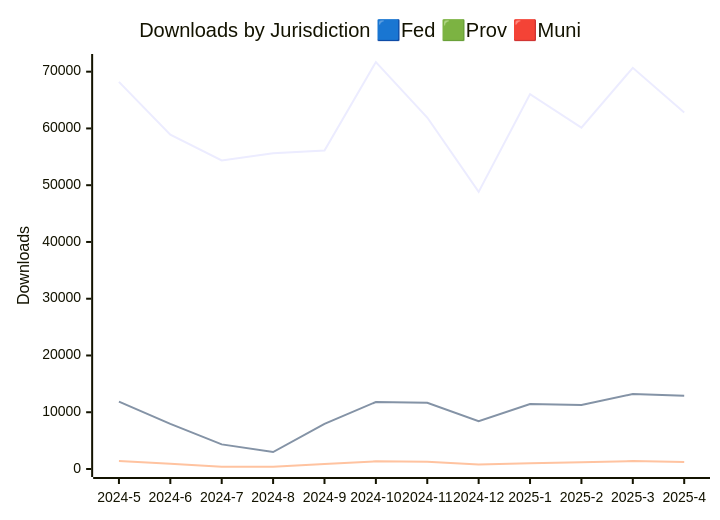
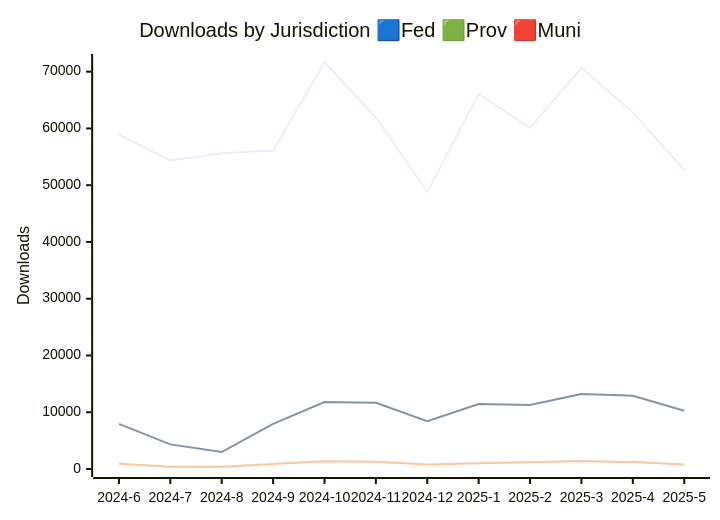
Before and after one commit to open-data/analytics-corporate-reporting: the diagram in JURISDICTION_ANALYTICS_REPORT/readme.md, drawn with Mermaid. The commit also changed 3 other files, not shown here.

````diff
--- a/JURISDICTION_ANALYTICS_REPORT/readme.md
+++ b/JURISDICTION_ANALYTICS_REPORT/readme.md
@@ -4,10 +4,10 @@
 ```mermaid
 
 xychart-beta
     title "Downloads by Jurisdiction 🟦Fed 🟩Prov 🟥Muni"
-    x-axis [2024-5, 2024-6, 2024-7, 2024-8, 2024-9, 2024-10, 2024-11, 2024-12, 2025-1, 2025-2, 2025-3, 2025-4]
+    x-axis [2024-6, 2024-7, 2024-8, 2024-9, 2024-10, 2024-11, 2024-12, 2025-1, 2025-2, 2025-3, 2025-4, 2025-5]
     y-axis "Downloads" 0 --> 71705
-    line [68207, 58891, 54362, 55616, 56105, 71695, 61918, 48817, 66047, 60135, 70684, 62815]
-    line [11857, 7945, 4338, 2989, 7951, 11810, 11660, 8426, 11448, 11282, 13204, 12902]
-    line [1397, 923, 416, 398, 879, 1358, 1267, 801, 1001, 1170, 1408, 1229]
+    line [58891, 54362, 55616, 56105, 71695, 61918, 48817, 66047, 60135, 70684, 62815, 52714]
+    line [7945, 4338, 2989, 7951, 11810, 11660, 8426, 11448, 11282, 13204, 12902, 10276]
+    line [923, 416, 398, 879, 1358, 1267, 801, 1001, 1170, 1408, 1229, 806]
 ```
````
